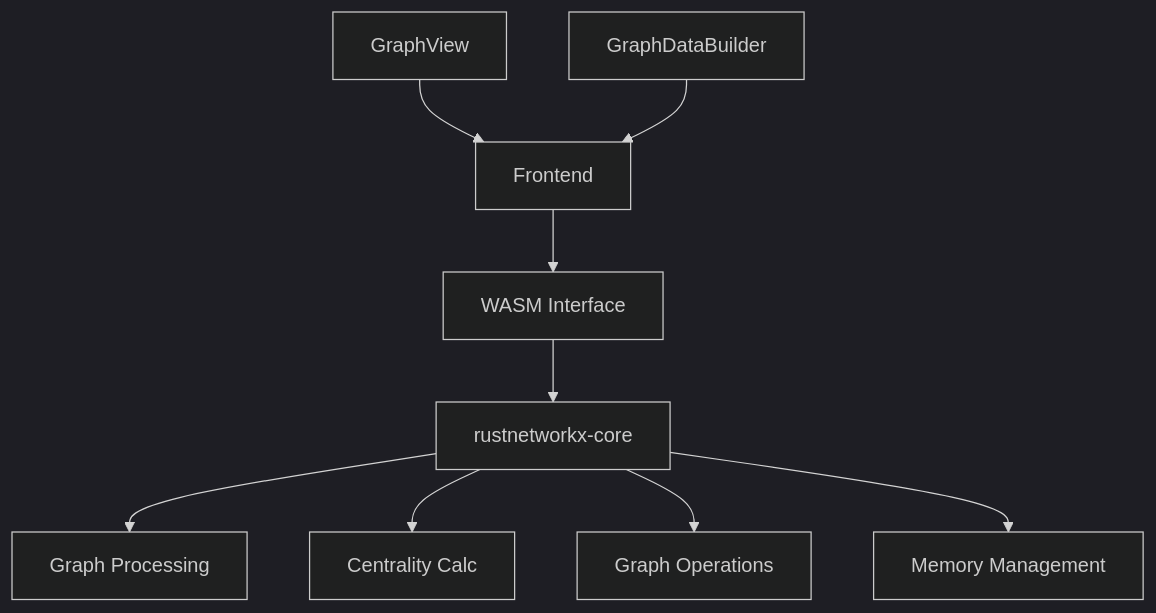
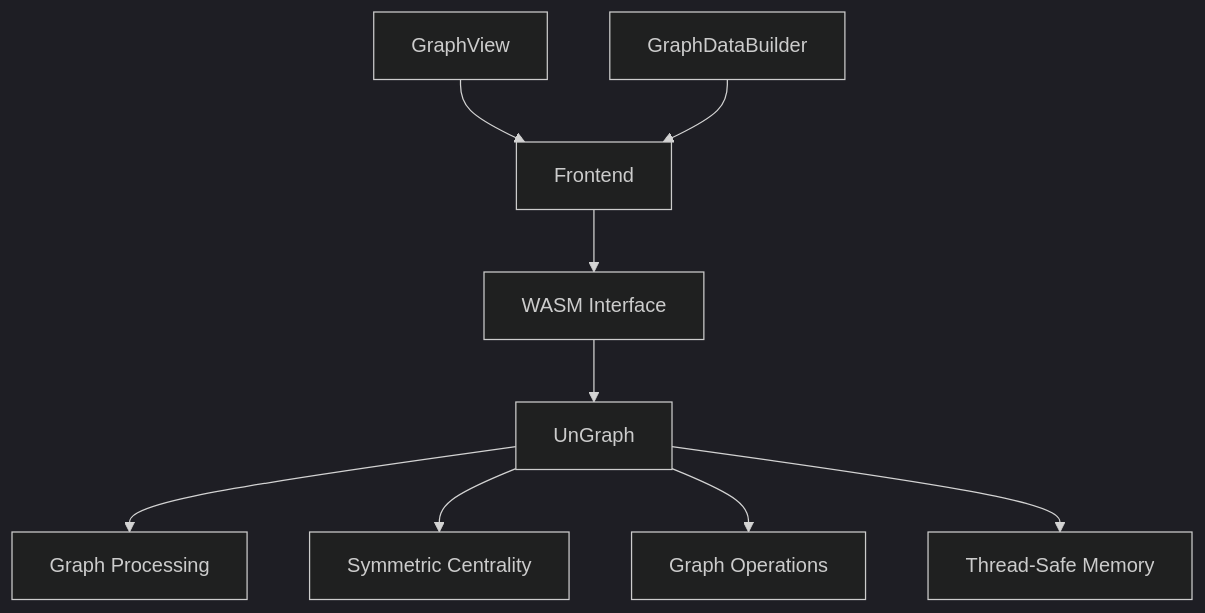
Before and after one commit to luolanaaTUD/obsidian-graph-analysis: the first of 2 diagrams in memory-bank/systemPatterns.md, drawn with Mermaid (dark theme). The commit also changed other lines of this file and 10 other files, not shown here.

First line of the commit message:
refactor: migrate to undirected graphs for symmetric note relationships

````diff
--- a/memory-bank/systemPatterns.md
+++ b/memory-bank/systemPatterns.md
@@ -20,13 +22,13 @@
 ```mermaid
 graph TD
     A[Frontend] --> B[WASM Interface]
-    B --> C[rustnetworkx-core]
+    B --> C[UnGraph]
     C --> D[Graph Processing]
     
     E[GraphView] --> A
     F[GraphDataBuilder] --> A
     
-    C --> G[Centrality Calc]
+    C --> G[Symmetric Centrality]
     C --> H[Graph Operations]
-    C --> I[Memory Management]
+    C --> I[Thread-Safe Memory]
 ```
````
